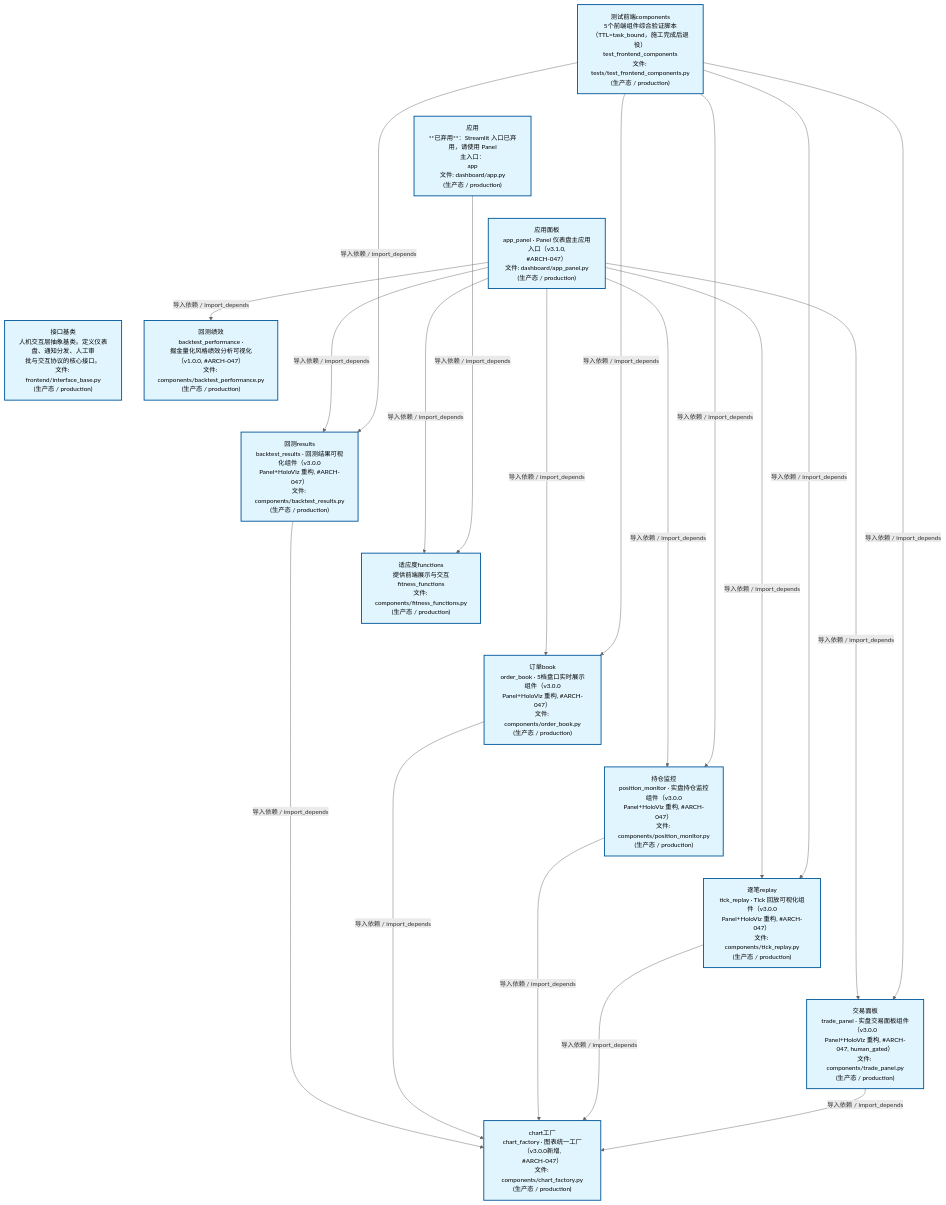
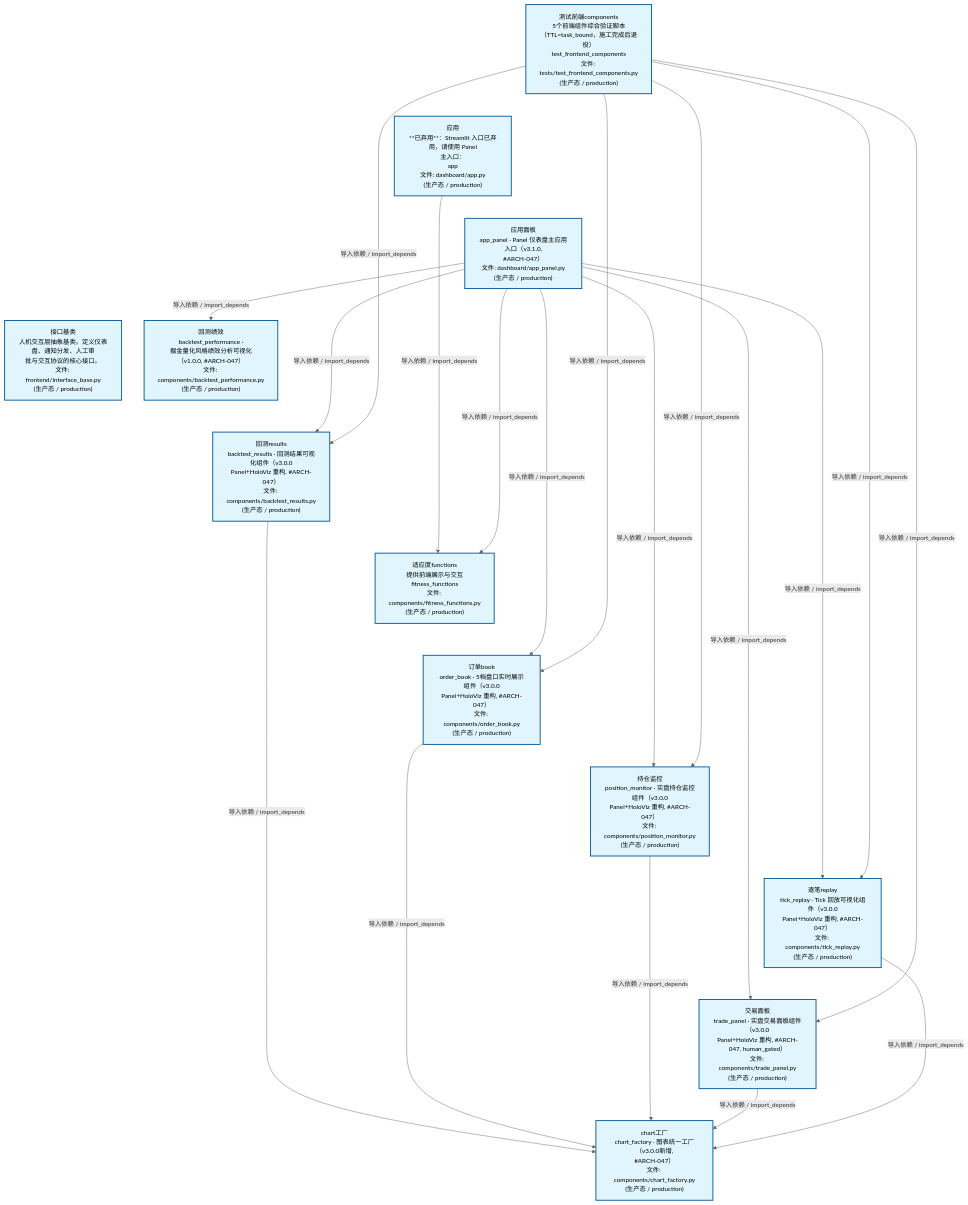
The second of 4 diagrams in docs/02_enterprise_architecture/02_domain_architecture_docs/47_d_frontend.md (xuanFelixVan/ZephyrAlpha), drawn with Mermaid before and after one commit. The commit also changed other lines of this file and 41 other files, not shown here.

````diff
--- a/docs/02_enterprise_architecture/02_domain_architecture_docs/47_d_frontend.md
+++ b/docs/02_enterprise_architecture/02_domain_architecture_docs/47_d_frontend.md
@@ -124,48 +124,48 @@
 ```mermaid
 %%{init: {'theme': 'base', 'themeVariables': {'primaryColor': '#eaeaea', 'primaryTextColor': '#333333', 'primaryBorderColor': '#666666', 'lineColor': '#666666', 'secondaryColor': '#eaeaea', 'tertiaryColor': '#eaeaea', 'fontSize': '14px'}}}%%
 flowchart TD
     scripts_tests_test_frontend_components_py["测试前端components<br/>5个前端组件综合验证脚本<br/>（TTL=task_bound，施工完成后退役）<br/>test_frontend_components<br/>文件: tests/test_frontend_components.py<br/>(生产态 / production)"]
     src_zephyr_frontend_dashboard_app_py["应用<br/>**已弃用**：Streamlit 入口已弃用，请使用 Panel<br/>主入口：<br/>app<br/>文件: dashboard/app.py<br/>(生产态 / production)"]
     src_zephyr_frontend_dashboard_app_panel_py["应用面板<br/>app_panel · Panel 仪表盘主应用入口（v3.1.0,<br/>#ARCH-047）<br/>文件: dashboard/app_panel.py<br/>(生产态 / production)"]
     src_zephyr_frontend_interface_base_py["接口基类<br/>人机交互层抽象基类。定义仪表盘、通知分发、人工审<br/>批与交互协议的核心接口。<br/>文件: frontend/interface_base.py<br/>(生产态 / production)"]
     scripts_tests_test_frontend_components_py ~~~ src_zephyr_frontend_dashboard_app_py
     src_zephyr_frontend_dashboard_app_py ~~~ src_zephyr_frontend_dashboard_app_panel_py
     src_zephyr_frontend_dashboard_app_panel_py ~~~ src_zephyr_frontend_interface_base_py
     src_zephyr_frontend_dashboard_components_backtest_performance_py["回测绩效<br/>backtest_performance ·<br/>掘金量化风格绩效分析可视化（v1.0.0, #ARCH-047）<br/>文件: components/backtest_performance.py<br/>(生产态 / production)"]
     src_zephyr_frontend_dashboard_components_backtest_results_py["回测results<br/>backtest_results · 回测结果可视化组件（v3.0.0<br/>Panel+HoloViz 重构, #ARCH-047）<br/>文件: components/backtest_results.py<br/>(生产态 / production)"]
     src_zephyr_frontend_dashboard_components_fitness_functions_py["适应度functions<br/>提供前端展示与交互<br/>fitness_functions<br/>文件: components/fitness_functions.py<br/>(生产态 / production)"]
     src_zephyr_frontend_dashboard_components_order_book_py["订单book<br/>order_book · 5档盘口实时展示组件（v3.0.0<br/>Panel+HoloViz 重构, #ARCH-047）<br/>文件: components/order_book.py<br/>(生产态 / production)"]
     src_zephyr_frontend_dashboard_components_position_monitor_py["持仓监控<br/>position_monitor · 实盘持仓监控组件（v3.0.0<br/>Panel+HoloViz 重构, #ARCH-047）<br/>文件: components/position_monitor.py<br/>(生产态 / production)"]
     src_zephyr_frontend_dashboard_components_tick_replay_py["逐笔replay<br/>tick_replay · Tick 回放可视化组件（v3.0.0<br/>Panel+HoloViz 重构, #ARCH-047）<br/>文件: components/tick_replay.py<br/>(生产态 / production)"]
     src_zephyr_frontend_dashboard_components_trade_panel_py["交易面板<br/>trade_panel · 实盘交易面板组件（v3.0.0<br/>Panel+HoloViz 重构, #ARCH-047, human_gated）<br/>文件: components/trade_panel.py<br/>(生产态 / production)"]
     src_zephyr_frontend_dashboard_components_backtest_performance_py ~~~ src_zephyr_frontend_dashboard_components_backtest_results_py
     src_zephyr_frontend_dashboard_components_backtest_results_py ~~~ src_zephyr_frontend_dashboard_components_fitness_functions_py
     src_zephyr_frontend_dashboard_components_fitness_functions_py ~~~ src_zephyr_frontend_dashboard_components_order_book_py
     src_zephyr_frontend_dashboard_components_order_book_py ~~~ src_zephyr_frontend_dashboard_components_position_monitor_py
     src_zephyr_frontend_dashboard_components_position_monitor_py ~~~ src_zephyr_frontend_dashboard_components_tick_replay_py
     src_zephyr_frontend_dashboard_components_tick_replay_py ~~~ src_zephyr_frontend_dashboard_components_trade_panel_py
     src_zephyr_frontend_dashboard_components_chart_factory_py["chart工厂<br/>chart_factory · 图表统一工厂（v3.0.0新增,<br/>#ARCH-047）<br/>文件: components/chart_factory.py<br/>(生产态 / production)"]
-    src_zephyr_frontend_dashboard_app_panel_py -->|导入依赖 / import_depends| src_zephyr_frontend_dashboard_components_backtest_performance_py
-    src_zephyr_frontend_dashboard_app_panel_py -->|导入依赖 / import_depends| src_zephyr_frontend_dashboard_components_backtest_results_py
-    src_zephyr_frontend_dashboard_app_panel_py -->|导入依赖 / import_depends| src_zephyr_frontend_dashboard_components_fitness_functions_py
-    src_zephyr_frontend_dashboard_app_panel_py -->|导入依赖 / import_depends| src_zephyr_frontend_dashboard_components_order_book_py
-    src_zephyr_frontend_dashboard_app_panel_py -->|导入依赖 / import_depends| src_zephyr_frontend_dashboard_components_position_monitor_py
-    src_zephyr_frontend_dashboard_app_panel_py -->|导入依赖 / import_depends| src_zephyr_frontend_dashboard_components_tick_replay_py
-    src_zephyr_frontend_dashboard_app_panel_py -->|导入依赖 / import_depends| src_zephyr_frontend_dashboard_components_trade_panel_py
     src_zephyr_frontend_dashboard_app_py -->|导入依赖 / import_depends| src_zephyr_frontend_dashboard_components_fitness_functions_py
     src_zephyr_frontend_dashboard_components_backtest_results_py -->|导入依赖 / import_depends| src_zephyr_frontend_dashboard_components_chart_factory_py
+    src_zephyr_frontend_dashboard_app_panel_py -->|导入依赖 / import_depends| src_zephyr_frontend_dashboard_components_backtest_results_py
+    src_zephyr_frontend_dashboard_app_panel_py -->|导入依赖 / import_depends| src_zephyr_frontend_dashboard_components_backtest_performance_py
+    src_zephyr_frontend_dashboard_app_panel_py -->|导入依赖 / import_depends| src_zephyr_frontend_dashboard_components_order_book_py
+    src_zephyr_frontend_dashboard_app_panel_py -->|导入依赖 / import_depends| src_zephyr_frontend_dashboard_components_fitness_functions_py
+    src_zephyr_frontend_dashboard_app_panel_py -->|导入依赖 / import_depends| src_zephyr_frontend_dashboard_components_position_monitor_py
+    src_zephyr_frontend_dashboard_app_panel_py -->|导入依赖 / import_depends| src_zephyr_frontend_dashboard_components_trade_panel_py
+    src_zephyr_frontend_dashboard_app_panel_py -->|导入依赖 / import_depends| src_zephyr_frontend_dashboard_components_tick_replay_py
     src_zephyr_frontend_dashboard_components_order_book_py -->|导入依赖 / import_depends| src_zephyr_frontend_dashboard_components_chart_factory_py
     src_zephyr_frontend_dashboard_components_position_monitor_py -->|导入依赖 / import_depends| src_zephyr_frontend_dashboard_components_chart_factory_py
+    src_zephyr_frontend_dashboard_components_trade_panel_py -->|导入依赖 / import_depends| src_zephyr_frontend_dashboard_components_chart_factory_py
     src_zephyr_frontend_dashboard_components_tick_replay_py -->|导入依赖 / import_depends| src_zephyr_frontend_dashboard_components_chart_factory_py
-    src_zephyr_frontend_dashboard_components_trade_panel_py -->|导入依赖 / import_depends| src_zephyr_frontend_dashboard_components_chart_factory_py
     scripts_tests_test_frontend_components_py -->|导入依赖 / import_depends| src_zephyr_frontend_dashboard_components_backtest_results_py
     scripts_tests_test_frontend_components_py -->|导入依赖 / import_depends| src_zephyr_frontend_dashboard_components_order_book_py
     scripts_tests_test_frontend_components_py -->|导入依赖 / import_depends| src_zephyr_frontend_dashboard_components_position_monitor_py
+    scripts_tests_test_frontend_components_py -->|导入依赖 / import_depends| src_zephyr_frontend_dashboard_components_trade_panel_py
     scripts_tests_test_frontend_components_py -->|导入依赖 / import_depends| src_zephyr_frontend_dashboard_components_tick_replay_py
-    scripts_tests_test_frontend_components_py -->|导入依赖 / import_depends| src_zephyr_frontend_dashboard_components_trade_panel_py
     classDef production fill:#e1f5fe,stroke:#01579b,stroke-width:2px,color:#000
     classDef design fill:#fff3e0,stroke:#e65100,stroke-width:2px,color:#000,stroke-dasharray: 5 5
     classDef external_prod fill:#e8f4fd,stroke:#0277bd,stroke-width:1px,color:#000
     classDef external_design fill:#fff8e7,stroke:#ef6c00,stroke-width:1px,color:#000,stroke-dasharray: 5 5
     class scripts_tests_test_frontend_components_py,src_zephyr_frontend_dashboard_app_py,src_zephyr_frontend_dashboard_app_panel_py,src_zephyr_frontend_dashboard_components_backtest_performance_py,src_zephyr_frontend_dashboard_components_backtest_results_py,src_zephyr_frontend_dashboard_components_chart_factory_py,src_zephyr_frontend_dashboard_components_fitness_functions_py,src_zephyr_frontend_dashboard_components_order_book_py,src_zephyr_frontend_dashboard_components_position_monitor_py,src_zephyr_frontend_dashboard_components_tick_replay_py,src_zephyr_frontend_dashboard_components_trade_panel_py,src_zephyr_frontend_interface_base_py production
 ```
````
